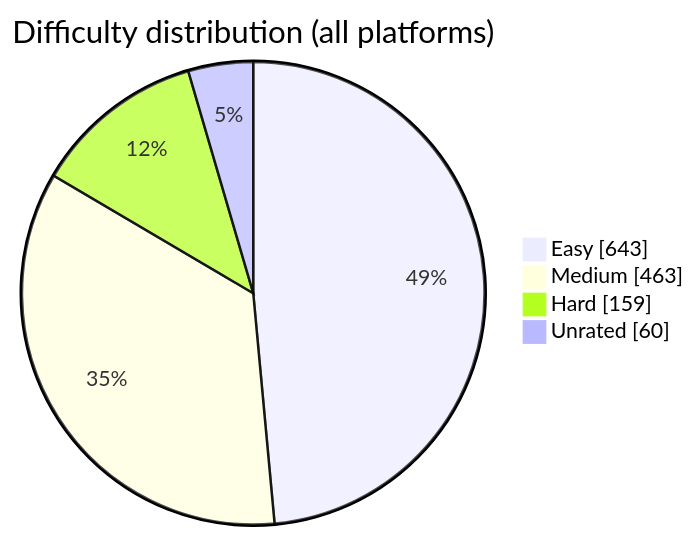
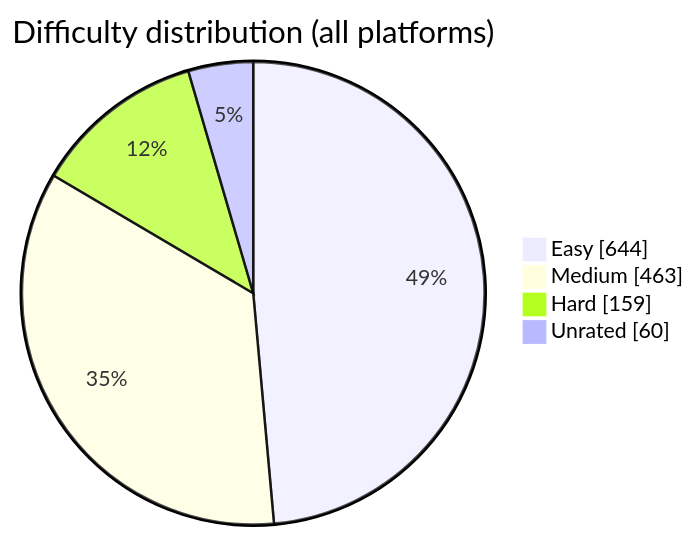
The diagram in README.md (BuildbyArindam/Daily-Coding-Log), drawn with Mermaid before and after one commit. The commit also changed other lines of this file, not shown here.

````diff
--- a/README.md
+++ b/README.md
@@ -93,7 +93,7 @@
 ```mermaid
 pie showData title Difficulty distribution (all platforms)
-    "Easy" : 643
+    "Easy" : 644
     "Medium" : 463
     "Hard" : 159
     "Unrated" : 60
 ```
````
